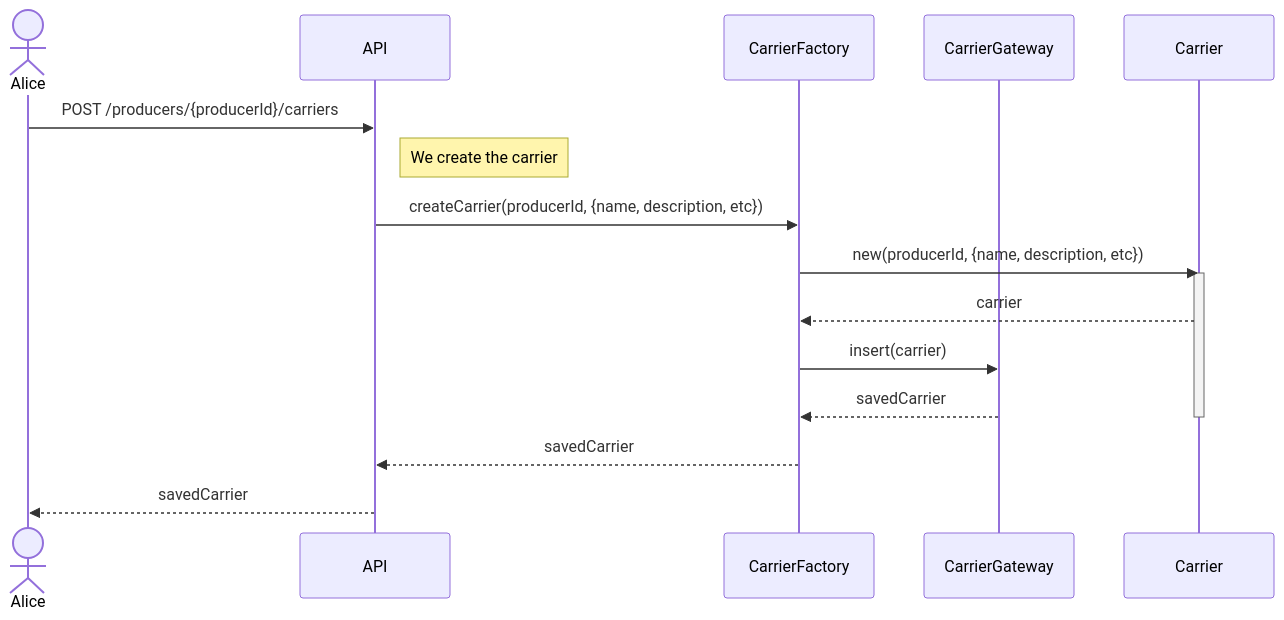
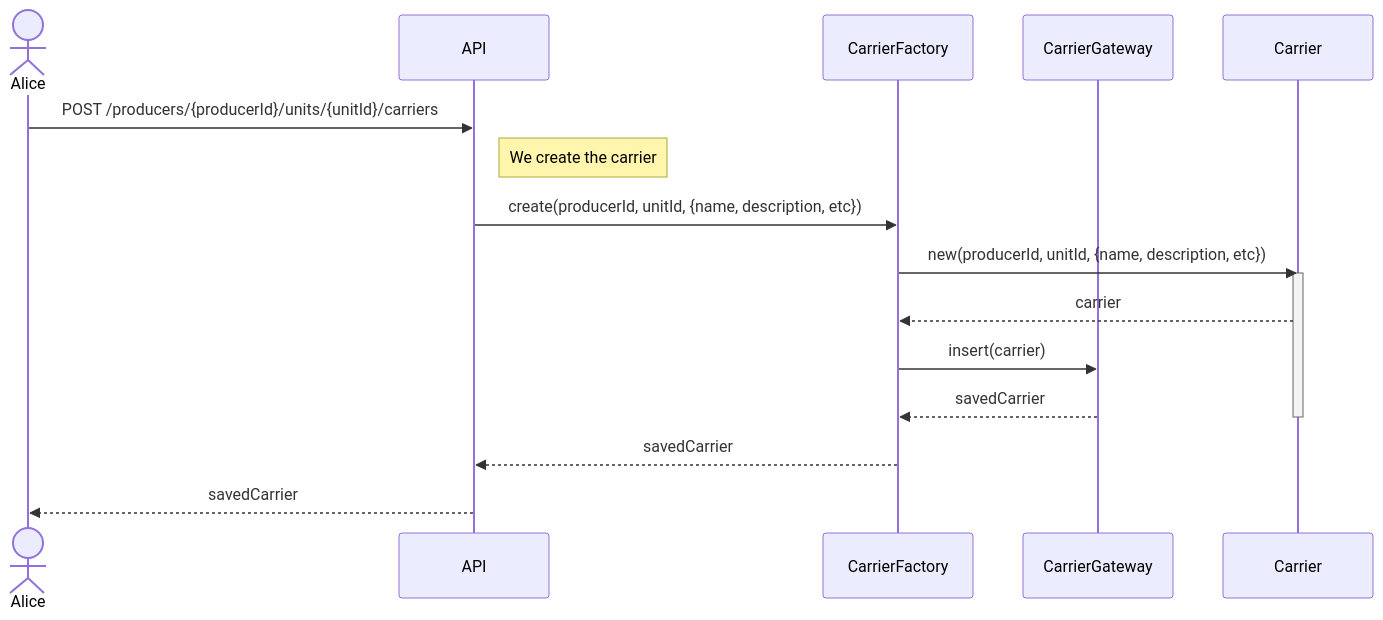
Diagram 28 of 32 in sequence.md (hivetown/planning), drawn with Mermaid before and after one commit. The commit also changed other lines of this file and 3 other files, not shown here.

````diff
--- a/sequence.md
+++ b/sequence.md
@@ -1009,23 +1007,23 @@
 ```mermaid
 sequenceDiagram
     actor A as Alice
     participant API as API
     participant CF as CarrierFactory
     participant CG as CarrierGateway
     participant C as Carrier
 
-    A ->> API: POST /producers/{producerId}/carriers
+    A ->> API: POST /producers/{producerId}/units/{unitId}/carriers
 
     Note right of API: We create the carrier
-    API ->> CF: createCarrier(producerId, {name, description, etc})
-    CF ->> C: new(producerId, {name, description, etc})
+    API ->> CF: create(producerId, unitId, {name, description, etc})
+    CF ->> C: new(producerId, unitId, {name, description, etc})
     activate C
     C -->> CF: carrier
 
     CF ->> CG: insert(carrier)
     CG -->> CF: savedCarrier
     deactivate C
     CF -->> API: savedCarrier
 
     API -->> A: savedCarrier
 ```
````
